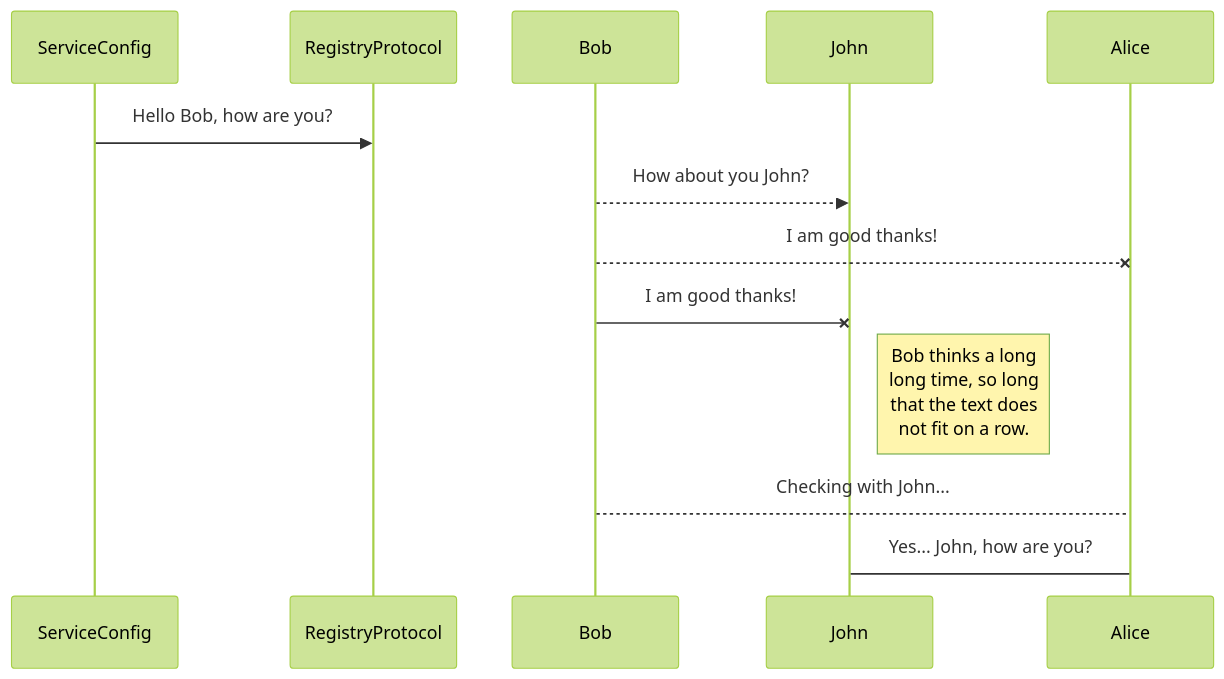
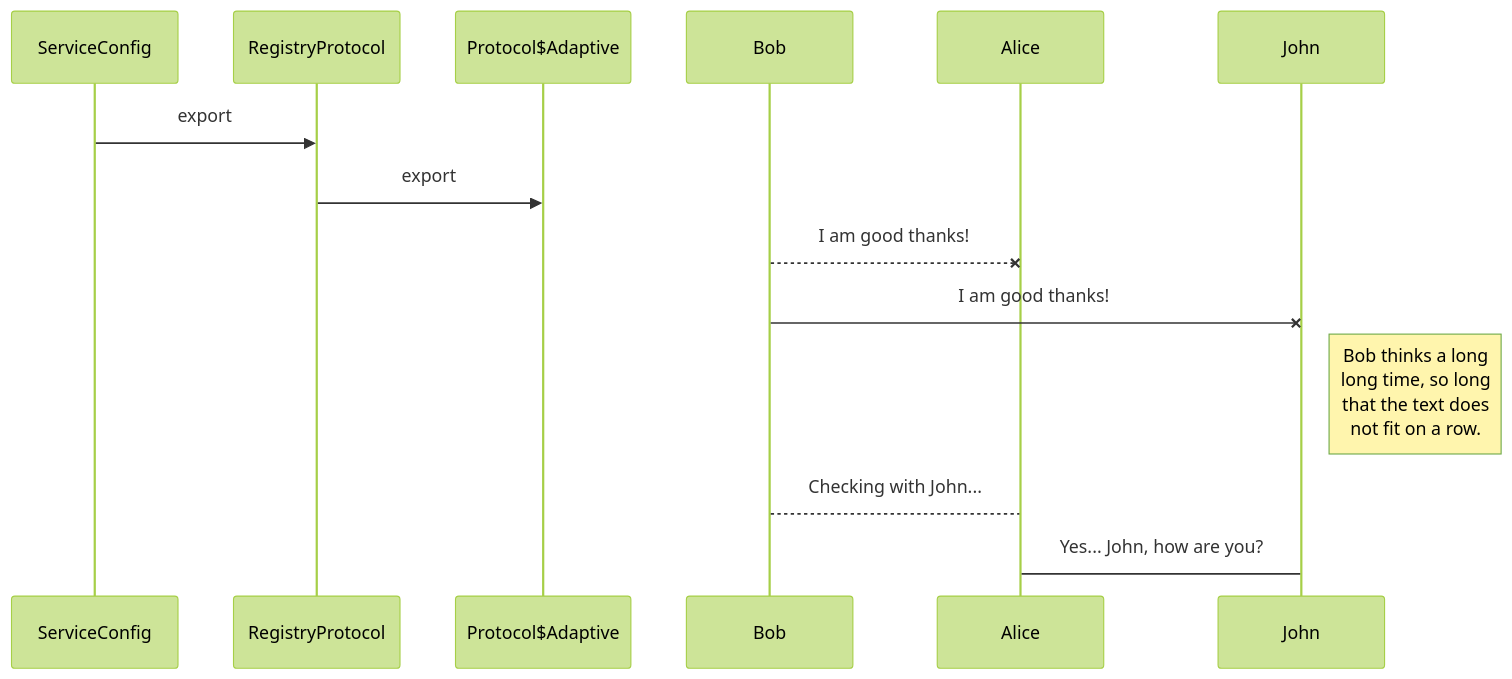
One commit to zhudongdong/docs changed the diagram in dubbo/dubbo.md. Above: the diagram before and after it, drawn with Mermaid (forest theme). The commit also changed other lines of this file, not shown here.

Commit message:
Uploaded by https://stackedit.io/

````diff
--- a/dubbo/dubbo.md
+++ b/dubbo/dubbo.md
@@ -144,11 +144,11 @@
 ```mermaid
 sequenceDiagram
-ServiceConfig ->> RegistryProtocol: Hello Bob, how are you?
-Bob-->>John: How about you John?
+ServiceConfig ->> RegistryProtocol: export
+RegistryProtocol->>Protocol$Adaptive: export
 Bob--x Alice: I am good thanks!
 Bob-x John: I am good thanks!
 Note right of John: Bob thinks a long<br/>long time, so long<br/>that the text does<br/>not fit on a row.
 
 Bob-->Alice: Checking with John...
 Alice->John: Yes... John, how are you?
 ```
````
